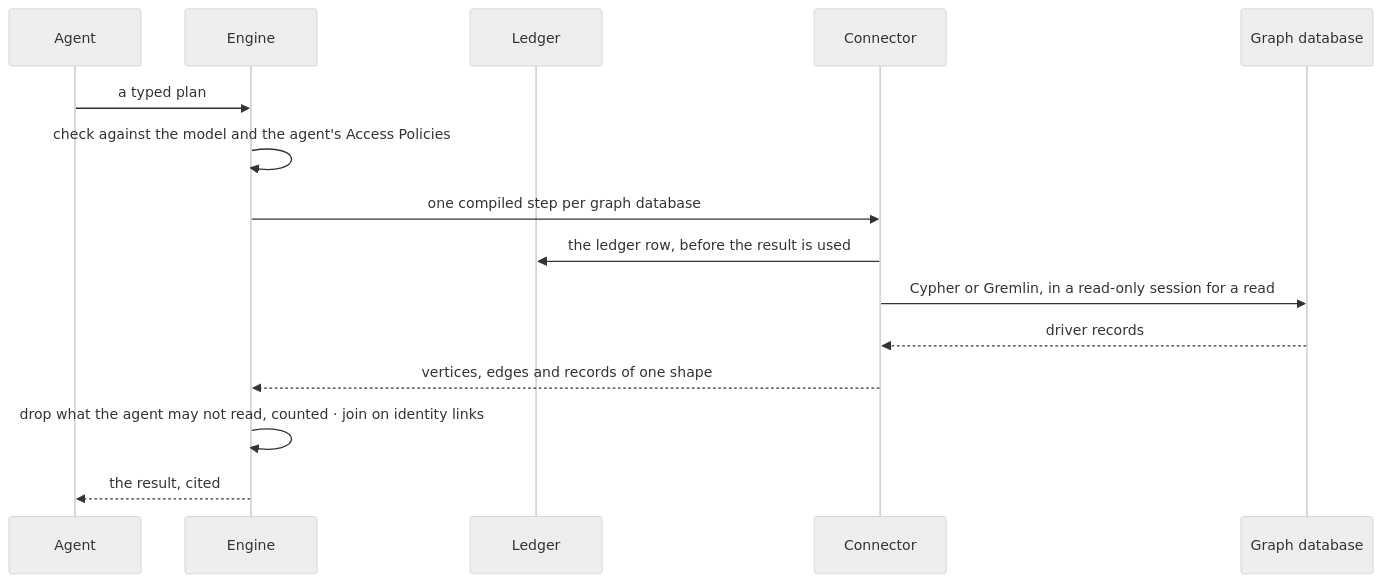
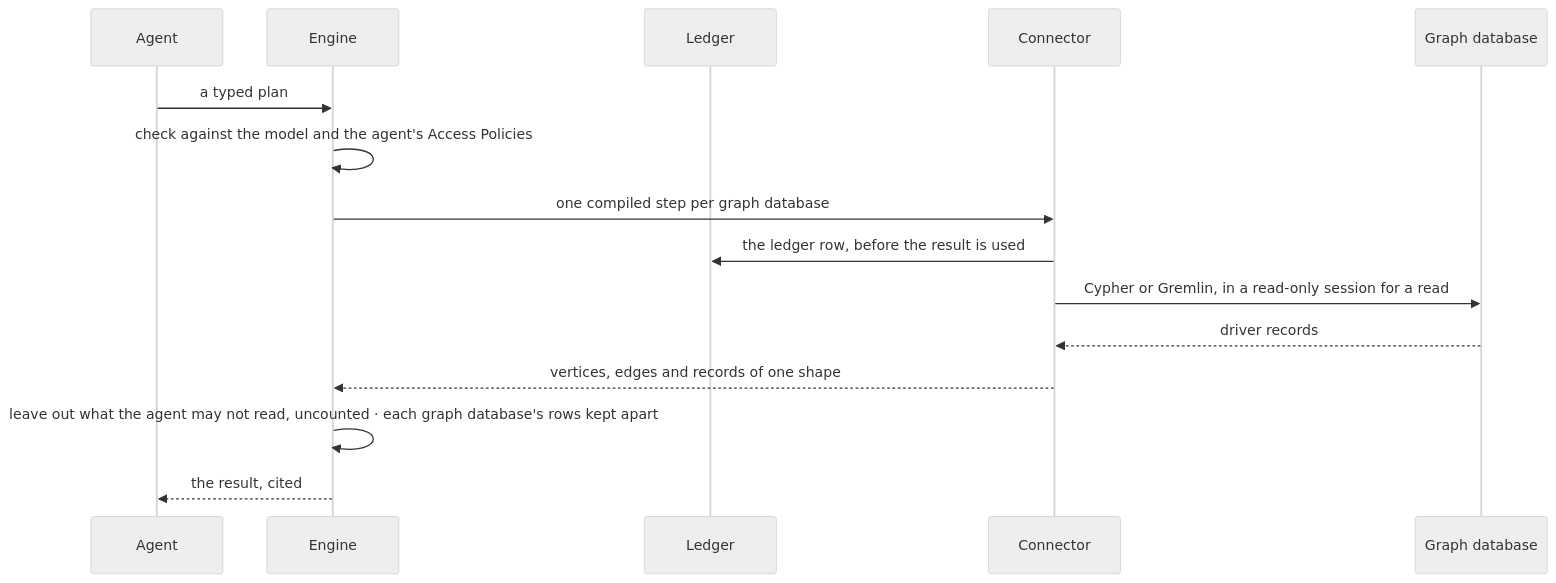
The second of 2 diagrams in specs/os/graph/features/GP-F01-data/feature.md (invana/invana), drawn with Mermaid (neutral theme) before and after one commit. The commit also changed other lines of this file and 456 other files, not shown here.

````diff
--- a/specs/os/graph/features/GP-F01-data/feature.md
+++ b/specs/os/graph/features/GP-F01-data/feature.md
@@ -47,17 +47,17 @@
 ```mermaid
 sequenceDiagram
   participant A as Agent
   participant E as Engine
   participant L as Ledger
   participant C as Connector
   participant G as Graph database
   A->>E: a typed plan
   E->>E: check against the model and the agent's Access Policies
   E->>C: one compiled step per graph database
   C->>L: the ledger row, before the result is used
   C->>G: Cypher or Gremlin, in a read-only session for a read
   G-->>C: driver records
   C-->>E: vertices, edges and records of one shape
-  E->>E: drop what the agent may not read, counted · join on identity links
+  E->>E: leave out what the agent may not read, uncounted · each graph database's rows kept apart
   E-->>A: the result, cited
 ```
````
